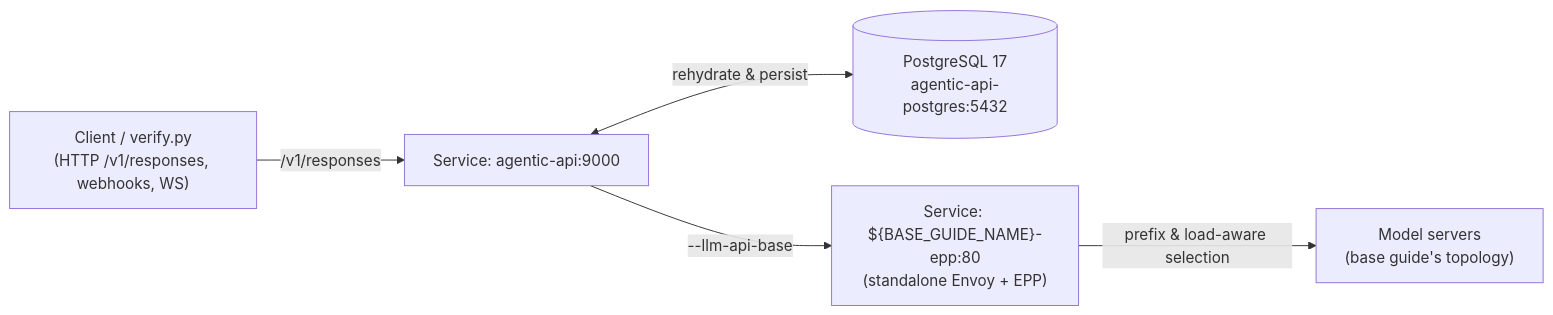
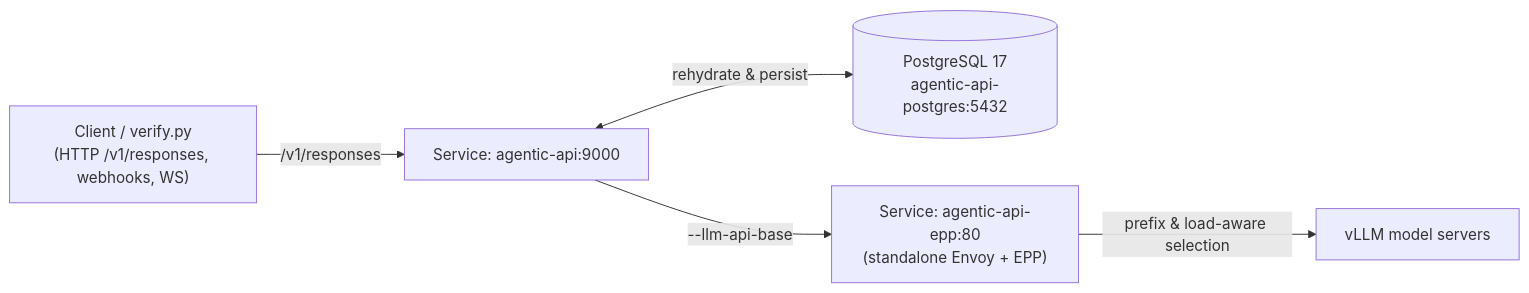
Before and after one commit to llm-d/llm-d: the diagram in guides/agentic-api/README.md, drawn with Mermaid. The commit also changed other lines of this file and 20 other files, not shown here.

First line of the commit message:
guides: publish agentic-api as the Responses API Foundations guide

````diff
--- a/guides/agentic-api/README.md
+++ b/guides/agentic-api/README.md
@@ -219,13 +18,13 @@
 ```mermaid
 flowchart LR
     C["Client / verify.py<br>(HTTP /v1/responses, webhooks, WS)"]
     A["Service: agentic-api:9000"]
     PG[("PostgreSQL 17<br>agentic-api-postgres:5432")]
-    R["Service: ${BASE_GUIDE_NAME}-epp:80<br>(standalone Envoy + EPP)"]
-    V["Model servers<br>(base guide's topology)"]
+    R["Service: agentic-api-epp:80<br>(standalone Envoy + EPP)"]
+    V["vLLM model servers"]
 
     C -->|"/v1/responses"| A
     A <-->|"rehydrate & persist"| PG
     A -->|"--llm-api-base"| R
     R -->|"prefix & load-aware selection"| V
 ```
````
